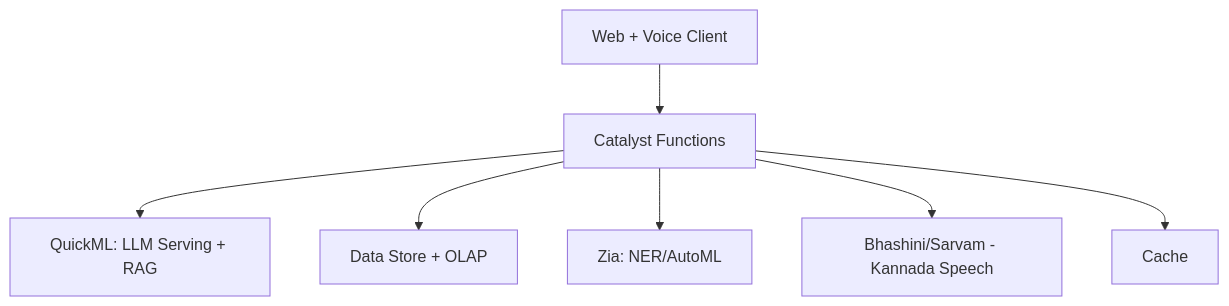
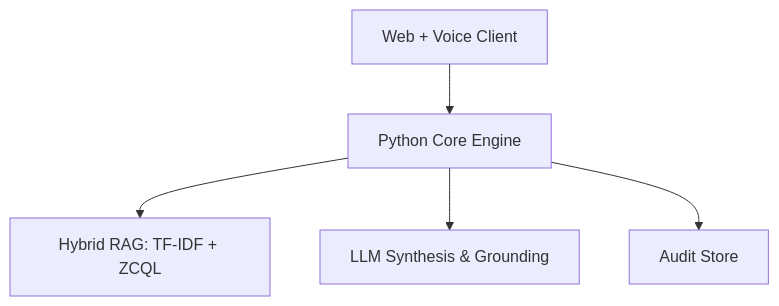
Before and after one commit to Monolithic-Dev/Setu: the second of 2 diagrams in docs/PitchDeck.md, drawn with Mermaid. The commit also changed other lines of this file and 3 other files, not shown here.

````diff
--- a/docs/PitchDeck.md
+++ b/docs/PitchDeck.md
@@ -60,9 +63,7 @@
 ```mermaid
 flowchart TB
-    Client[Web + Voice Client] --> Func[Catalyst Functions]
-    Func --> QuickML[QuickML: LLM Serving + RAG]
-    Func --> DS[Data Store + OLAP]
-    Func --> Zia[Zia: NER/AutoML]
-    Func --> Speech[Bhashini/Sarvam - Kannada Speech]
-    Func --> Cache[Cache]
+    Client[Web + Voice Client] --> Func[Python Core Engine]
+    Func --> HybridRAG[Hybrid RAG: TF-IDF + ZCQL]
+    Func --> Synthesis[LLM Synthesis & Grounding]
+    Func --> Audit[Audit Store]
 ```
````
